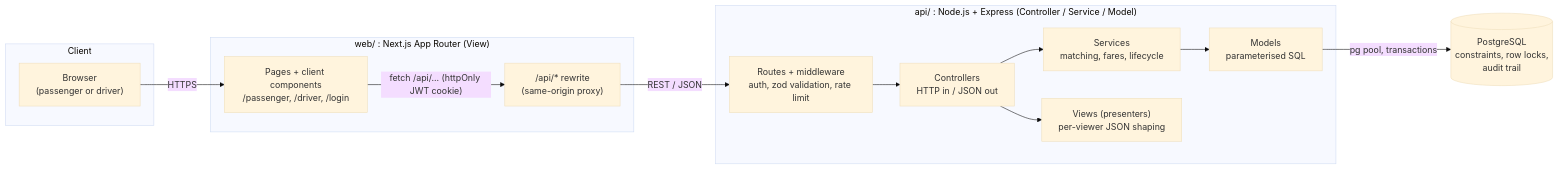
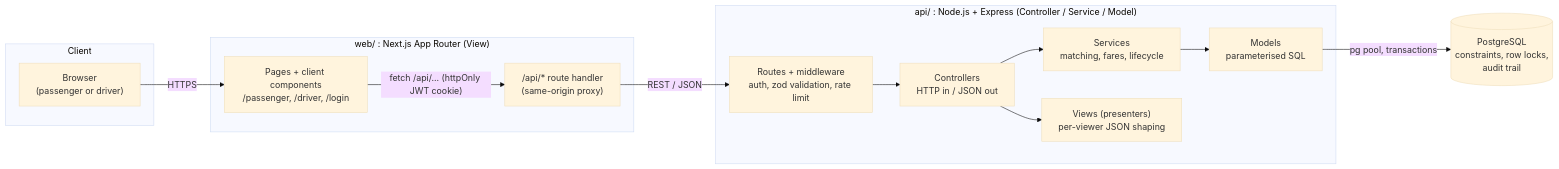
The first of 4 diagrams in docs/architecture.md (Ezazulmahi/dhaka-tesla-pool), drawn with Mermaid (base theme) before and after one commit. The commit also changed other lines of this file, not shown here.

Commit message:
docs(architecture): describe the runtime route-handler proxy that replaced rewrites

````diff
--- a/docs/architecture.md
+++ b/docs/architecture.md
@@ -9,23 +9,23 @@
 ```mermaid
 flowchart LR
   subgraph Client
     B["Browser<br/>(passenger or driver)"]
   end
   subgraph Web["web/ : Next.js App Router (View)"]
     P["Pages + client components<br/>/passenger, /driver, /login"]
-    RW["/api/* rewrite<br/>(same-origin proxy)"]
+    RW["/api/* route handler<br/>(same-origin proxy)"]
   end
   subgraph API["api/ : Node.js + Express (Controller / Service / Model)"]
     R["Routes + middleware<br/>auth, zod validation, rate limit"]
     C["Controllers<br/>HTTP in / JSON out"]
     S["Services<br/>matching, fares, lifecycle"]
     M["Models<br/>parameterised SQL"]
     V["Views (presenters)<br/>per-viewer JSON shaping"]
   end
   DB[("PostgreSQL<br/>constraints, row locks,<br/>audit trail")]
 
   B -- HTTPS --> P
   P -- "fetch /api/... (httpOnly JWT cookie)" --> RW
   RW -- "REST / JSON" --> R --> C --> S --> M -- "pg pool, transactions" --> DB
   C --> V
 ```
````
